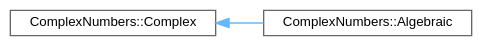
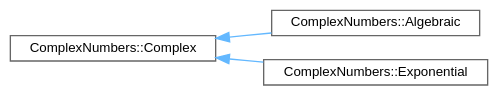
The diagram in inherit_graph_0.dot (Swinger365/ComplexNumbers), drawn with Graphviz before and after one commit. The commit also changed 608 other files, not shown here.

```diff
--- a/inherit_graph_0.dot
+++ b/inherit_graph_0.dot
@@ -1,11 +1,13 @@
 digraph "Graphical Class Hierarchy"
 {
  // LATEX_PDF_SIZE
   bgcolor="transparent";
   edge [fontname=Helvetica,fontsize=10,labelfontname=Helvetica,labelfontsize=10];
   node [fontname=Helvetica,fontsize=10,shape=box,height=0.2,width=0.4];
   rankdir="LR";
   Node0 [id="Node000000",label="ComplexNumbers::Complex",height=0.2,width=0.4,color="grey40", fillcolor="white", style="filled",URL="$classComplexNumbers_1_1Complex.html",tooltip="Абстрактная базовая форма комплексного числа."];
   Node0 -> Node1 [id="edge1_Node000000_Node000001",dir="back",color="steelblue1",style="solid",tooltip=" "];
   Node1 [id="Node000001",label="ComplexNumbers::Algebraic",height=0.2,width=0.4,color="grey40", fillcolor="white", style="filled",URL="$classComplexNumbers_1_1Algebraic.html",tooltip="Алгебраическая форма комплексного числа: a + bi."];
+  Node0 -> Node2 [id="edge2_Node000000_Node000002",dir="back",color="steelblue1",style="solid",tooltip=" "];
+  Node2 [id="Node000002",label="ComplexNumbers::Exponential",height=0.2,width=0.4,color="grey40", fillcolor="white", style="filled",URL="$classComplexNumbers_1_1Exponential.html",tooltip="Экспоненциальная форма комплексного числа."];
 }
```
